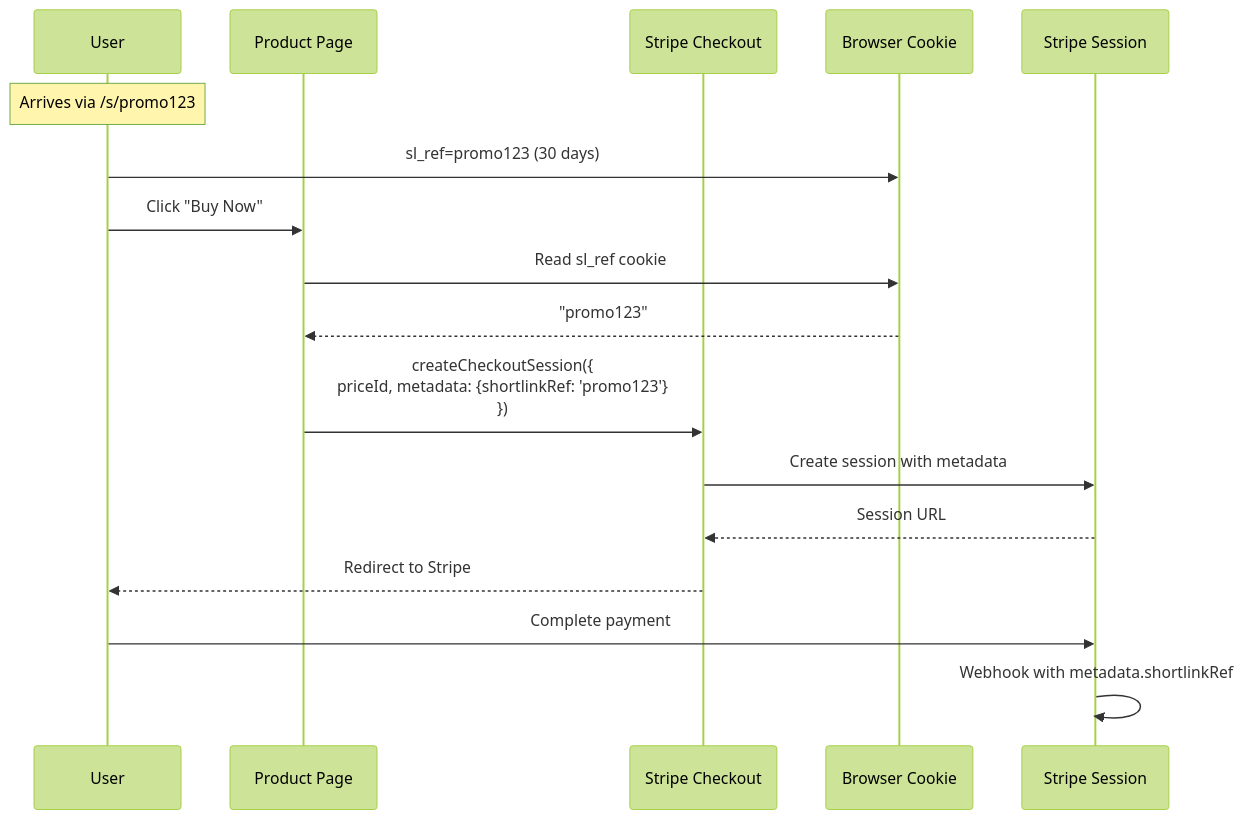
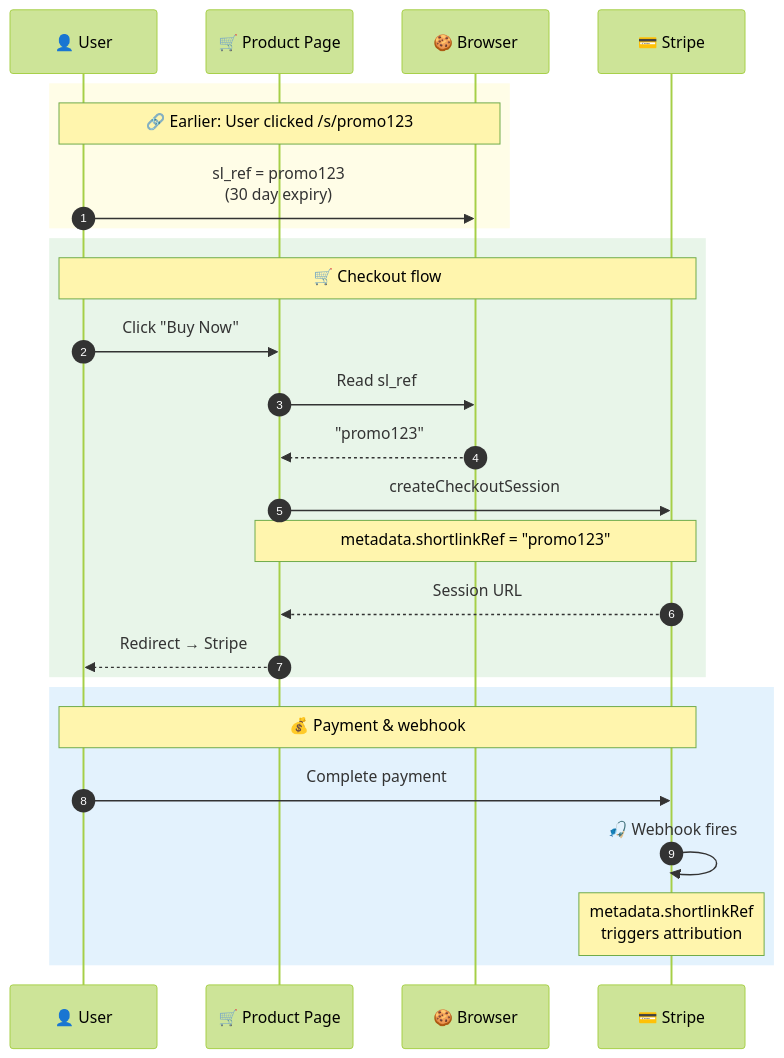
One commit to badass-courses/course-builder changed the eighth of 9 diagrams in apps/ai-hero/docs/flows/shortlinks.md. Above: the diagram before and after it, drawn with Mermaid (forest theme). The commit also changed other lines of this file, not shown here.

First line of the commit message:
style(aih): enhance mermaid diagrams with theming, autonumber, and styling

````diff
--- a/apps/ai-hero/docs/flows/shortlinks.md
+++ b/apps/ai-hero/docs/flows/shortlinks.md
@@ -685,24 +731,40 @@
 ```mermaid
 sequenceDiagram
-    participant User as User
-    participant Page as Product Page
-    participant Checkout as Stripe Checkout
-    participant Cookie as Browser Cookie
-    participant Stripe as Stripe Session
+    autonumber
+    %% ━━━━━━━━━━━━━━━━━━━━━━━━━━━━━━━━━━━━━━━━━━━━━━━━━━━━━━━━━━━━━━
+    %% How shortlink attribution flows through Stripe checkout
+    %% Cookie → Client → Stripe Metadata → Webhook
+    %% ━━━━━━━━━━━━━━━━━━━━━━━━━━━━━━━━━━━━━━━━━━━━━━━━━━━━━━━━━━━━━━
 
-    Note over User: Arrives via /s/promo123
-    User->>Cookie: sl_ref=promo123 (30 days)
+    participant User as 👤 User
+    participant Page as 🛒 Product Page
+    participant Cookie as 🍪 Browser
+    participant Stripe as 💳 Stripe
 
-    User->>Page: Click "Buy Now"
-    Page->>Cookie: Read sl_ref cookie
-    Cookie-->>Page: "promo123"
+    %% Phase 1: Cookie was set earlier
+    rect rgb(255, 253, 231)
+        Note over User,Cookie: 🔗 Earlier: User clicked /s/promo123
+        User->>Cookie: sl_ref = promo123<br/>(30 day expiry)
+    end
 
-    Page->>Checkout: createCheckoutSession({<br/>priceId, metadata: {shortlinkRef: 'promo123'}<br/>})
-    Checkout->>Stripe: Create session with metadata
-    Stripe-->>Checkout: Session URL
+    %% Phase 2: Checkout captures cookie
+    rect rgb(232, 245, 233)
+        Note over User,Stripe: 🛒 Checkout flow
+        User->>Page: Click "Buy Now"
+        Page->>Cookie: Read sl_ref
+        Cookie-->>Page: "promo123"
 
-    Checkout-->>User: Redirect to Stripe
+        Page->>Stripe: createCheckoutSession
+        Note over Page,Stripe: metadata.shortlinkRef = "promo123"
+        Stripe-->>Page: Session URL
+        Page-->>User: Redirect → Stripe
+    end
 
-    User->>Stripe: Complete payment
-    Stripe->>Stripe: Webhook with metadata.shortlinkRef
+    %% Phase 3: Payment completes
+    rect rgb(227, 242, 253)
+        Note over User,Stripe: 💰 Payment & webhook
+        User->>Stripe: Complete payment
+        Stripe->>Stripe: 🎣 Webhook fires
+        Note over Stripe: metadata.shortlinkRef<br/>triggers attribution
+    end
 ```
````
